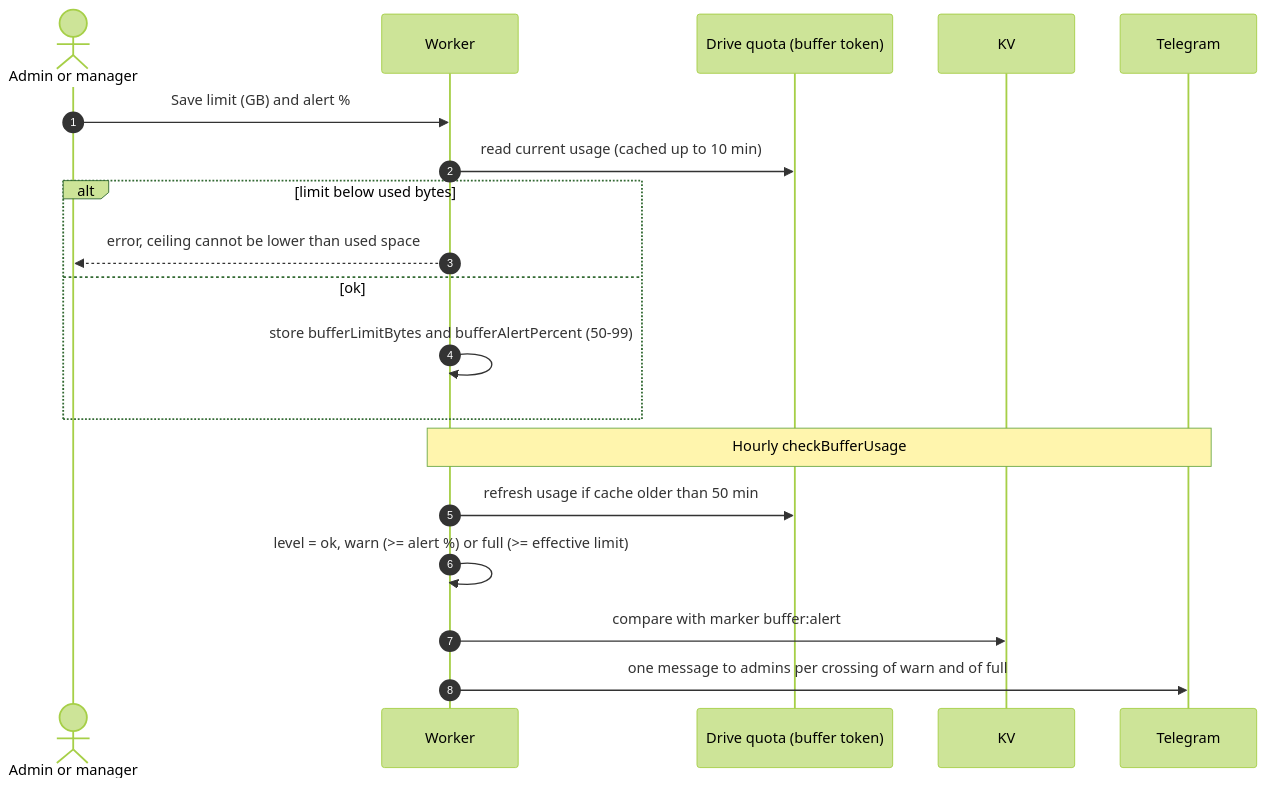
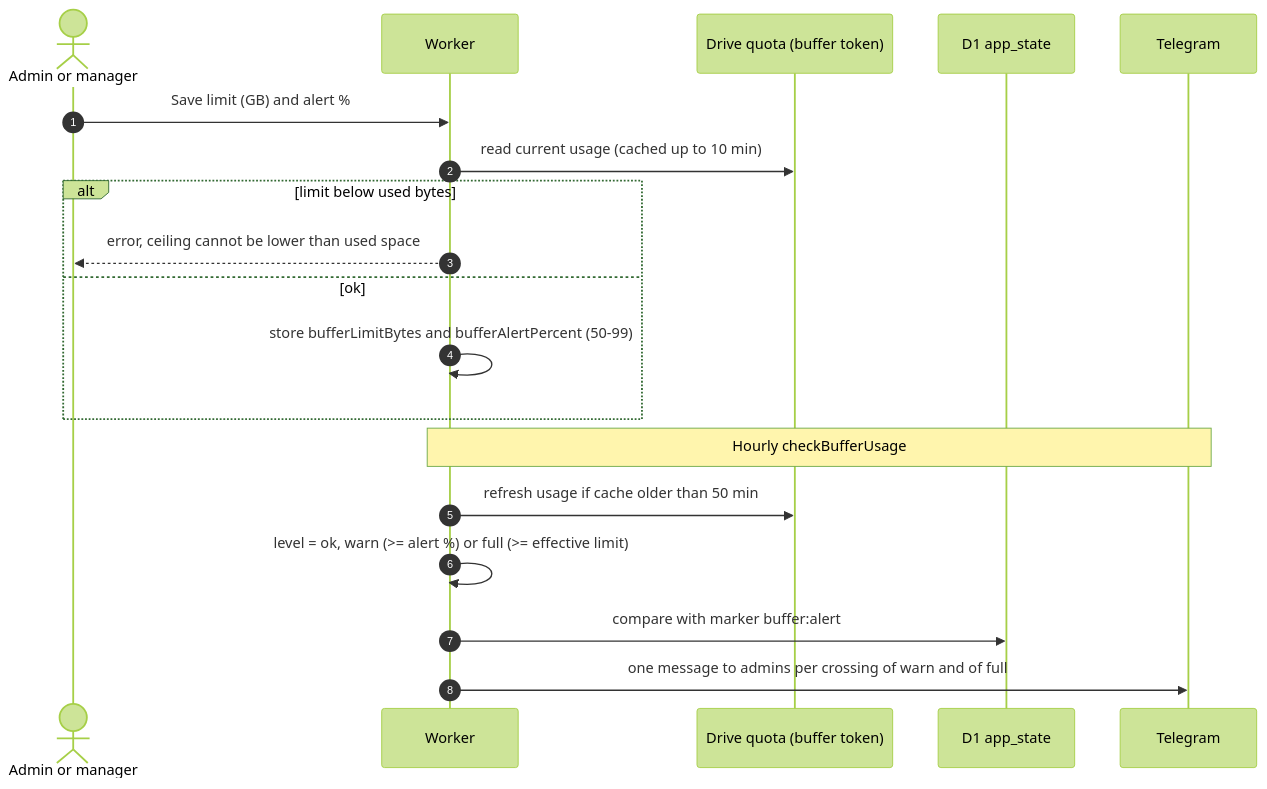
The second of 3 diagrams in docs/scenarios/admin/settings/storage.md (sagyzdop/meriksirat), drawn with Mermaid (forest theme) before and after one commit. The commit also changed 53 other files, not shown here.

````diff
--- a/docs/scenarios/admin/settings/storage.md
+++ b/docs/scenarios/admin/settings/storage.md
@@ -29,21 +29,21 @@
 ```mermaid
 sequenceDiagram
     autonumber
     actor A as Admin or manager
     participant W as Worker
     participant D as Drive quota (buffer token)
-    participant KV
+    participant S as D1 app_state
     participant TG as Telegram
     A->>W: Save limit (GB) and alert %
     W->>D: read current usage (cached up to 10 min)
     alt limit below used bytes
         W-->>A: error, ceiling cannot be lower than used space
     else ok
         W->>W: store bufferLimitBytes and bufferAlertPercent (50-99)
     end
     Note over W,TG: Hourly checkBufferUsage
     W->>D: refresh usage if cache older than 50 min
     W->>W: level = ok, warn (>= alert %) or full (>= effective limit)
-    W->>KV: compare with marker buffer:alert
+    W->>S: compare with marker buffer:alert
     W->>TG: one message to admins per crossing of warn and of full
 ```
````
